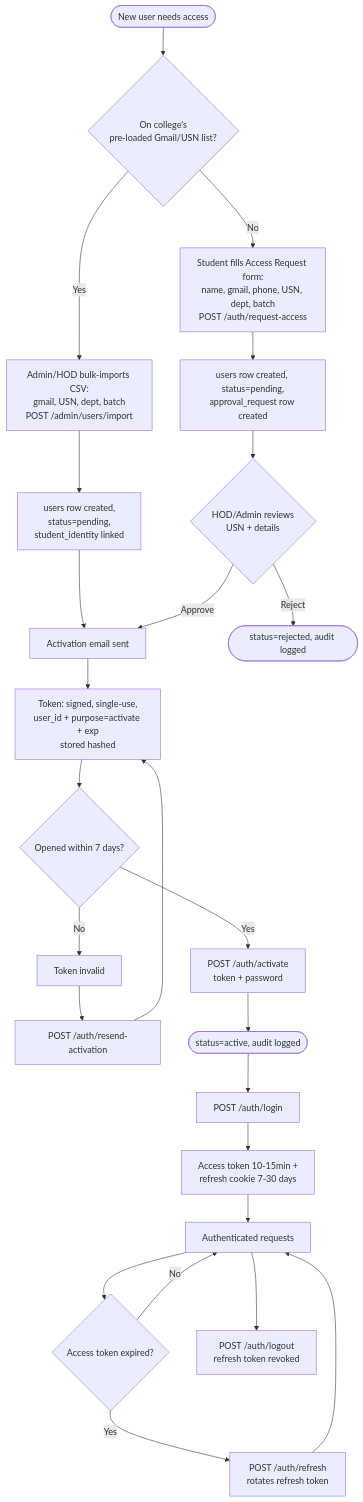
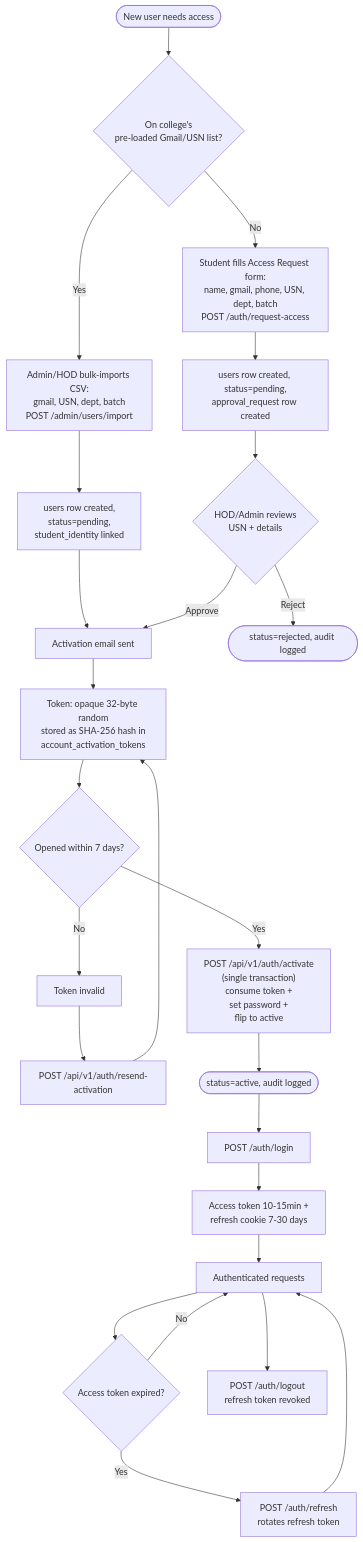
Before and after one commit to AbhishekBalija/Links: the second of 5 diagrams in docs/diagram.md, drawn with Mermaid. The commit also changed 6 other files, not shown here.

First line of the commit message:
docs: address CodeRabbit review — activation transaction, token docs alignment, college-info fixes

````diff
--- a/docs/diagram.md
+++ b/docs/diagram.md
@@ -151,28 +151,28 @@
 ```mermaid
 flowchart TD
     Start([New user needs access]) --> OnList{On college's<br/>pre-loaded Gmail/USN list?}
 
     OnList -->|Yes| BulkImport["Admin/HOD bulk-imports CSV:<br/>gmail, USN, dept, batch<br/>POST /admin/users/import"]
     BulkImport --> CreatePending1["users row created,<br/>status=pending,<br/>student_identity linked"]
     CreatePending1 --> SendInvite["Activation email sent"]
 
     OnList -->|No| SelfRequest["Student fills Access Request form:<br/>name, gmail, phone, USN, dept, batch<br/>POST /auth/request-access"]
     SelfRequest --> CreatePending2["users row created, status=pending,<br/>approval_request row created"]
     CreatePending2 --> HODReview{HOD/Admin reviews<br/>USN + details}
     HODReview -->|Reject| Rejected([status=rejected, audit logged])
     HODReview -->|Approve| SendInvite
 
-    SendInvite --> Token["Token: signed, single-use,<br/>user_id + purpose=activate + exp<br/>stored hashed"]
+    SendInvite --> Token["Token: opaque 32-byte random<br/>stored as SHA-256 hash in<br/>account_activation_tokens"]
     Token --> Expiry{Opened within 7 days?}
-    Expiry -->|No| Expired[Token invalid] --> Resend["POST /auth/resend-activation"] --> Token
-    Expiry -->|Yes| SetPassword["POST /auth/activate<br/>token + password"]
+    Expiry -->|No| Expired[Token invalid] --> Resend["POST /api/v1/auth/resend-activation"] --> Token
+    Expiry -->|Yes| SetPassword["POST /api/v1/auth/activate<br/>(single transaction)<br/>consume token +<br/>set password +<br/>flip to active"]
     SetPassword --> Active([status=active, audit logged])
     Active --> Login["POST /auth/login"]
     Login --> Tokens["Access token 10-15min +<br/>refresh cookie 7-30 days"]
     Tokens --> Use[Authenticated requests]
     Use --> RefreshCheck{Access token expired?}
     RefreshCheck -->|Yes| Refresh["POST /auth/refresh<br/>rotates refresh token"]
     Refresh --> Use
     RefreshCheck -->|No| Use
     Use --> Logout["POST /auth/logout<br/>refresh token revoked"]
 ```
````
